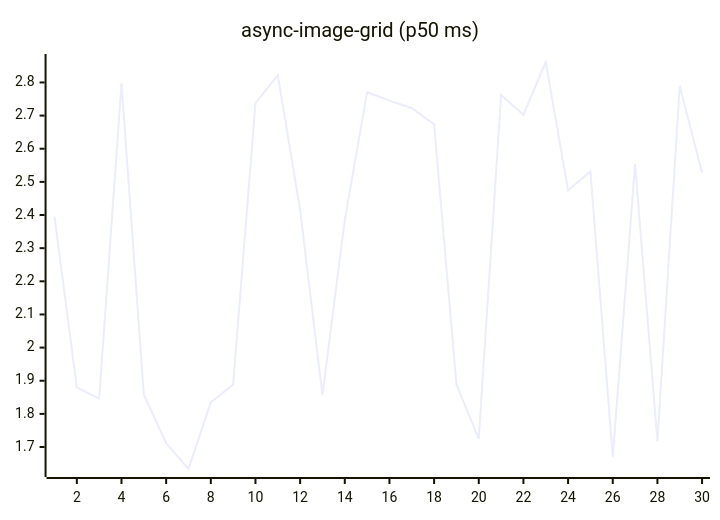
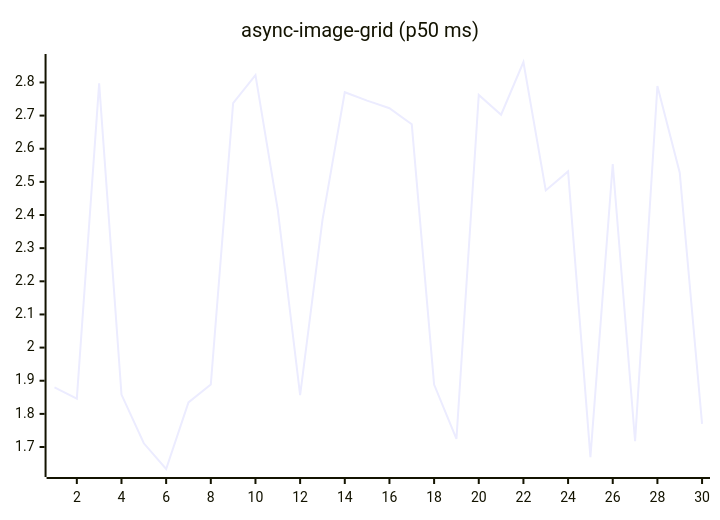
Before and after one commit to josha/Facet: the fifth of 27 diagrams in README.md, drawn with Mermaid. The commit also changed other lines of this file and 2 other files, not shown here.

````diff
--- a/README.md
+++ b/README.md
@@ -91,6 +91,6 @@
 ```mermaid
 xychart-beta
     title "async-image-grid (p50 ms)"
     x-axis 1 --> 30
-    line [2.3955, 1.8801, 1.8461, 2.7970, 1.8583, 1.7113, 1.6337, 1.8346, 1.8885, 2.7375, 2.8223, 2.4153, 1.8565, 2.3845, 2.7705, 2.7451, 2.7222, 2.6737, 1.8884, 1.7244, 2.7624, 2.7026, 2.8617, 2.4742, 2.5316, 1.6696, 2.5539, 1.7175, 2.7892, 2.5277]
+    line [1.8801, 1.8461, 2.7970, 1.8583, 1.7113, 1.6337, 1.8346, 1.8885, 2.7375, 2.8223, 2.4153, 1.8565, 2.3845, 2.7705, 2.7451, 2.7222, 2.6737, 1.8884, 1.7244, 2.7624, 2.7026, 2.8617, 2.4742, 2.5316, 1.6696, 2.5539, 1.7175, 2.7892, 2.5277, 1.7701]
 ```
````
